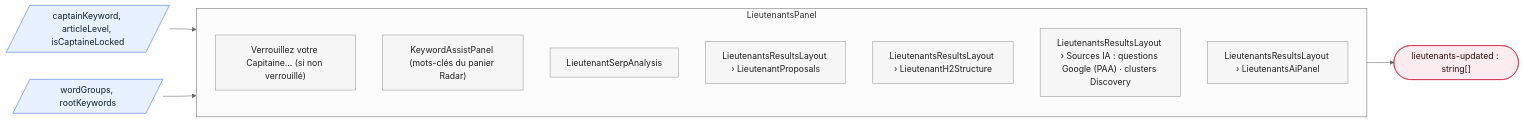
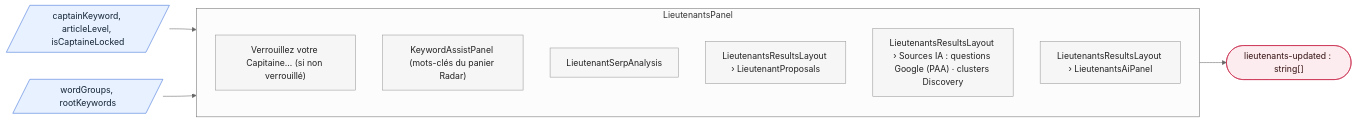
Diagram 25 of 42 in docs/contrats-affichage-moteur.md (annubis-knight/Blog_Redactor_SEO), drawn with Mermaid (neutral theme) before and after one commit. The commit also changed other lines of this file and 11 other files, not shown here.

````diff
--- a/docs/contrats-affichage-moteur.md
+++ b/docs/contrats-affichage-moteur.md
@@ -746,19 +748,18 @@
 ```mermaid
 flowchart LR
   subgraph W["LieutenantsPanel"]
     direction TB
     WARN["Verrouillez votre Capitaine… (si non verrouillé)"]:::zone
     AS["KeywordAssistPanel (mots-clés du panier Radar)"]:::zone
     SA["LieutenantSerpAnalysis"]:::zone
     PR["LieutenantsResultsLayout › LieutenantProposals"]:::zone
-    H2["LieutenantsResultsLayout › LieutenantH2Structure"]:::zone
     SRCS["LieutenantsResultsLayout › Sources IA : questions Google (PAA) · clusters Discovery"]:::zone
     AI["LieutenantsResultsLayout › LieutenantsAiPanel"]:::zone
   end
   P1[/"captainKeyword, articleLevel, isCaptaineLocked"/]:::prop --> SA
   P2[/"wordGroups, rootKeywords"/]:::prop --> PR
   PR --> E1(["lieutenants-updated : string[]"]):::action
   classDef prop fill:#e8f1ff,stroke:#3b6fd8,color:#123
   classDef zone fill:#f6f6f6,stroke:#999,color:#222
   classDef action fill:#fdecef,stroke:#c92a4b,color:#311
 ```
````
